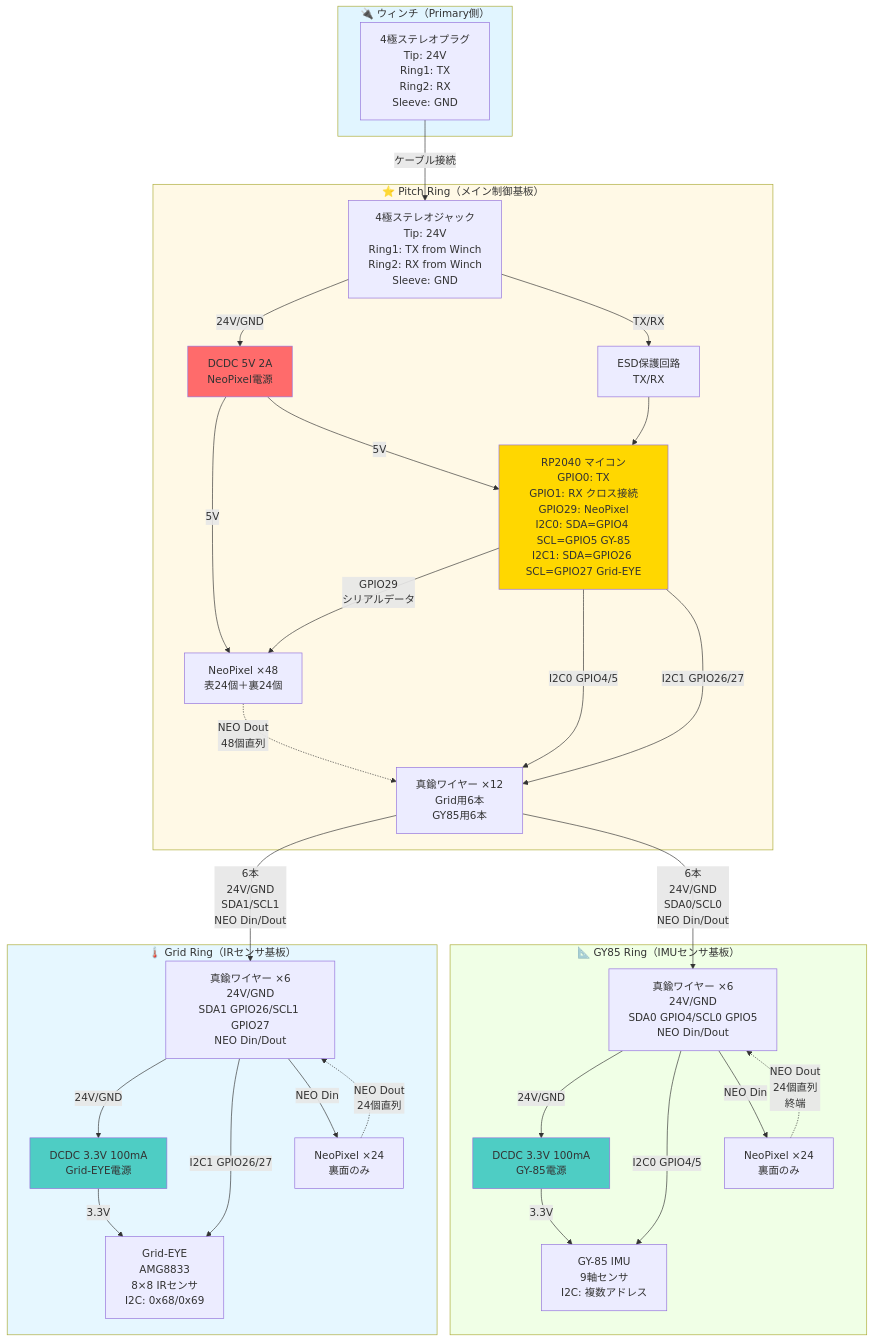
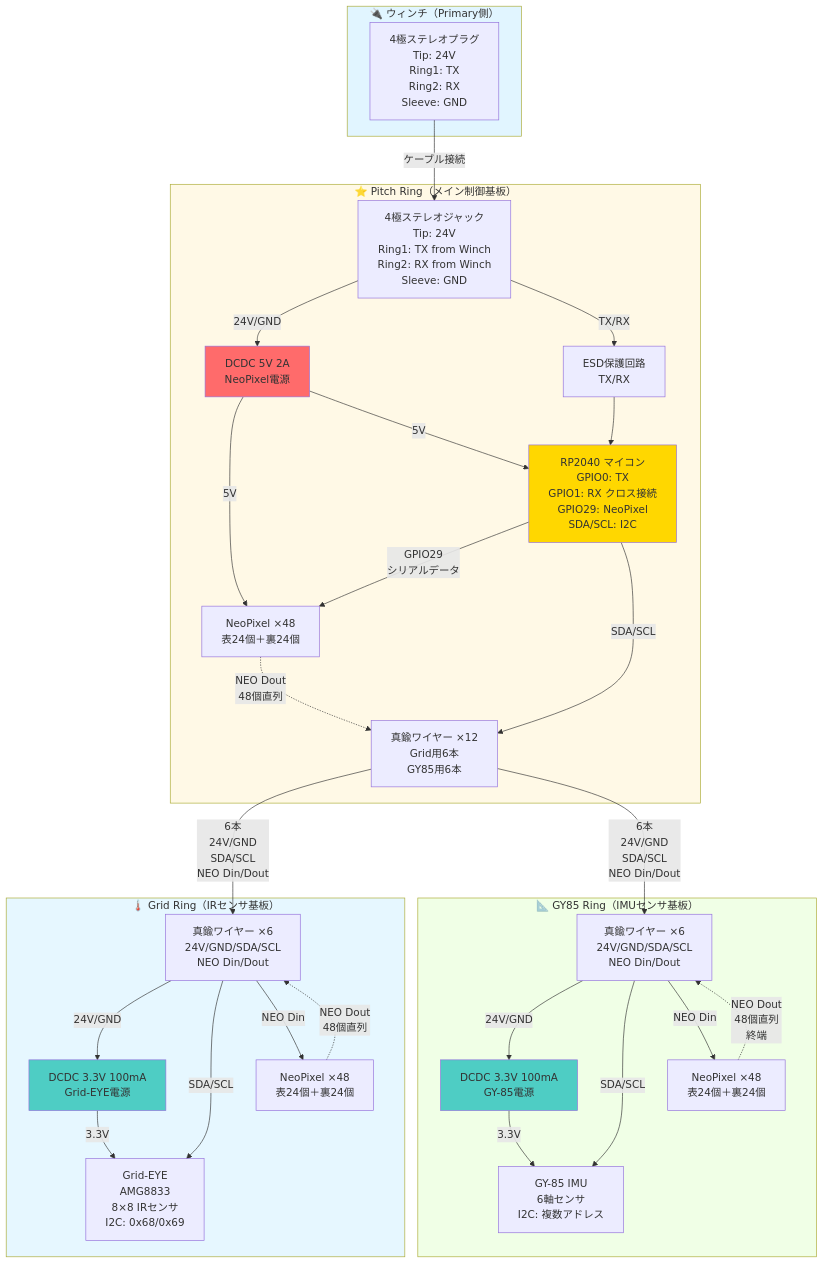
Before and after one commit to kyopan/FU-Nagoya: the diagram in docs/tasks/evaluation-board-design.md, drawn with Mermaid. The commit also changed other lines of this file, not shown here.

First line of the commit message:
Update evaluation board design: add NeoPixel wiring critical fix

````diff
--- a/docs/tasks/evaluation-board-design.md
+++ b/docs/tasks/evaluation-board-design.md
@@ -89,70 +95,69 @@
 ```mermaid
 graph TB
     subgraph Winch["🔌 ウィンチ（Primary側）"]
         WinchOut[4極ステレオプラグ<br/>Tip: 24V<br/>Ring1: TX<br/>Ring2: RX<br/>Sleeve: GND]
     end
 
     subgraph PitchRing["⭐ Pitch Ring（メイン制御基板）"]
         Jack[4極ステレオジャック<br/>Tip: 24V<br/>Ring1: TX from Winch<br/>Ring2: RX from Winch<br/>Sleeve: GND]
-        RP2040[RP2040 マイコン<br/>GPIO0: TX<br/>GPIO1: RX クロス接続<br/>GPIO29: NeoPixel<br/>I2C0: SDA=GPIO4 SCL=GPIO5 GY-85<br/>I2C1: SDA=GPIO26 SCL=GPIO27 Grid-EYE]
+        RP2040[RP2040 マイコン<br/>GPIO0: TX<br/>GPIO1: RX クロス接続<br/>GPIO29: NeoPixel<br/>SDA/SCL: I2C]
         DCDC5V[DCDC 5V 2A<br/>NeoPixel電源]
         NeoPitch[NeoPixel ×48<br/>表24個＋裏24個]
         WirePitch[真鍮ワイヤー ×12<br/>Grid用6本<br/>GY85用6本]
         ESD[ESD保護回路<br/>TX/RX]
     end
 
     subgraph GridRing["🌡️ Grid Ring（IRセンサ基板）"]
-        WireGrid[真鍮ワイヤー ×6<br/>24V/GND<br/>SDA1 GPIO26/SCL1 GPIO27<br/>NEO Din/Dout]
+        WireGrid[真鍮ワイヤー ×6<br/>24V/GND/SDA/SCL<br/>NEO Din/Dout]
         DCDC3V_G[DCDC 3.3V 100mA<br/>Grid-EYE電源]
         GridEye[Grid-EYE<br/>AMG8833<br/>8×8 IRセンサ<br/>I2C: 0x68/0x69]
-        NeoGrid[NeoPixel ×24<br/>裏面のみ]
+        NeoGrid[NeoPixel ×48<br/>表24個＋裏24個]
     end
 
     subgraph GY85Ring["📐 GY85 Ring（IMUセンサ基板）"]
-        WireGY[真鍮ワイヤー ×6<br/>24V/GND<br/>SDA0 GPIO4/SCL0 GPIO5<br/>NEO Din/Dout]
+        WireGY[真鍮ワイヤー ×6<br/>24V/GND/SDA/SCL<br/>NEO Din/Dout]
         DCDC3V_GY[DCDC 3.3V 100mA<br/>GY-85電源]
-        GY85[GY-85 IMU<br/>9軸センサ<br/>I2C: 複数アドレス]
-        NeoGY[NeoPixel ×24<br/>裏面のみ]
+        GY85[GY-85 IMU<br/>6軸センサ<br/>I2C: 複数アドレス]
+        NeoGY[NeoPixel ×48<br/>表24個＋裏24個]
     end
 
     %% ウィンチ → Pitch Ring
     WinchOut -->|ケーブル接続| Jack
     Jack -->|24V/GND| DCDC5V
     Jack -->|TX/RX| ESD
     ESD --> RP2040
 
     %% Pitch Ring内部
     DCDC5V -->|5V| NeoPitch
     DCDC5V -->|5V| RP2040
     RP2040 -->|GPIO29<br/>シリアルデータ| NeoPitch
-    RP2040 -->|I2C0 GPIO4/5| WirePitch
-    RP2040 -->|I2C1 GPIO26/27| WirePitch
+    RP2040 -->|SDA/SCL| WirePitch
 
     %% Pitch Ring → Grid Ring
-    WirePitch -->|6本<br/>24V/GND<br/>SDA1/SCL1<br/>NEO Din/Dout| WireGrid
+    WirePitch -->|6本<br/>24V/GND<br/>SDA/SCL<br/>NEO Din/Dout| WireGrid
     WireGrid -->|24V/GND| DCDC3V_G
-    WireGrid -->|I2C1 GPIO26/27| GridEye
+    WireGrid -->|SDA/SCL| GridEye
     WireGrid -->|NEO Din| NeoGrid
     DCDC3V_G -->|3.3V| GridEye
 
     %% Pitch Ring → GY85 Ring
-    WirePitch -->|6本<br/>24V/GND<br/>SDA0/SCL0<br/>NEO Din/Dout| WireGY
+    WirePitch -->|6本<br/>24V/GND<br/>SDA/SCL<br/>NEO Din/Dout| WireGY
     WireGY -->|24V/GND| DCDC3V_GY
-    WireGY -->|I2C0 GPIO4/5| GY85
+    WireGY -->|SDA/SCL| GY85
     WireGY -->|NEO Din| NeoGY
     DCDC3V_GY -->|3.3V| GY85
 
     %% NeoPixelチェーン
     NeoPitch -.->|NEO Dout<br/>48個直列| WirePitch
-    NeoGrid -.->|NEO Dout<br/>24個直列| WireGrid
-    NeoGY -.->|NEO Dout<br/>24個直列<br/>終端| WireGY
+    NeoGrid -.->|NEO Dout<br/>48個直列| WireGrid
+    NeoGY -.->|NEO Dout<br/>48個直列<br/>終端| WireGY
 
     style Winch fill:#e1f5ff
     style PitchRing fill:#fff9e6
     style GridRing fill:#e6f7ff
     style GY85Ring fill:#f0ffe6
     style RP2040 fill:#ffd700
     style DCDC5V fill:#ff6b6b
     style DCDC3V_G fill:#4ecdc4
     style DCDC3V_GY fill:#4ecdc4
 ```
````
